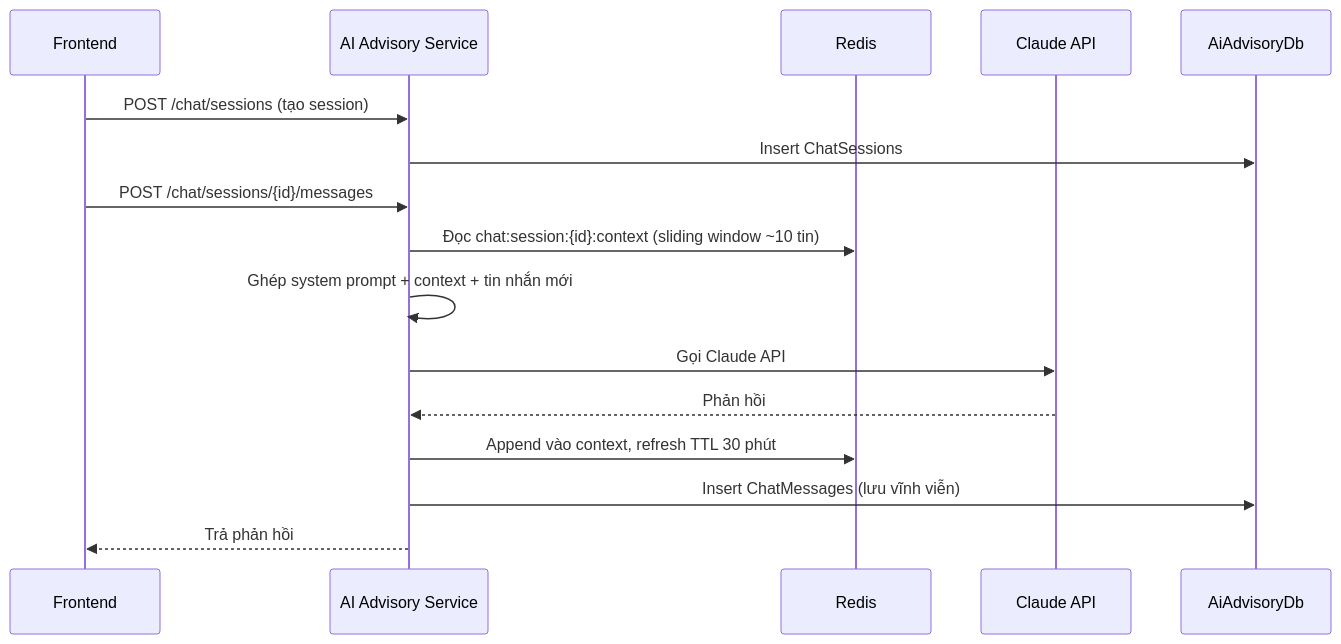
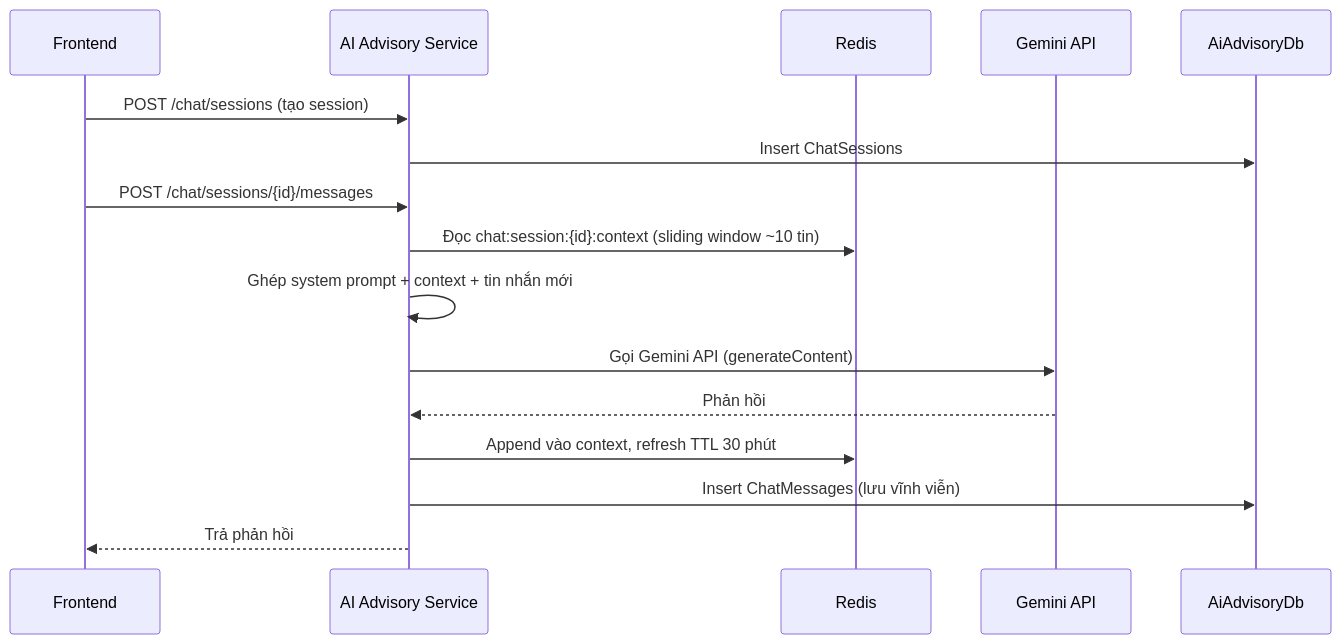
Before and after one commit to Flakes23/HappyFarmer: the diagram in docs/architecture/data-flows/ai-chatbot-flow.md, drawn with Mermaid. The commit also changed other lines of this file and 63 other files, not shown here.

````diff
--- a/docs/architecture/data-flows/ai-chatbot-flow.md
+++ b/docs/architecture/data-flows/ai-chatbot-flow.md
@@ -7,19 +7,19 @@
 ```mermaid
 sequenceDiagram
   participant FE as Frontend
   participant AI as AI Advisory Service
   participant R as Redis
-  participant C as Claude API
+  participant G as Gemini API
   participant DB as AiAdvisoryDb
 
   FE->>AI: POST /chat/sessions (tạo session)
   AI->>DB: Insert ChatSessions
   FE->>AI: POST /chat/sessions/{id}/messages
   AI->>R: Đọc chat:session:{id}:context (sliding window ~10 tin)
   AI->>AI: Ghép system prompt + context + tin nhắn mới
-  AI->>C: Gọi Claude API
-  C-->>AI: Phản hồi
+  AI->>G: Gọi Gemini API (generateContent)
+  G-->>AI: Phản hồi
   AI->>R: Append vào context, refresh TTL 30 phút
   AI->>DB: Insert ChatMessages (lưu vĩnh viễn)
   AI-->>FE: Trả phản hồi
 ```
````
